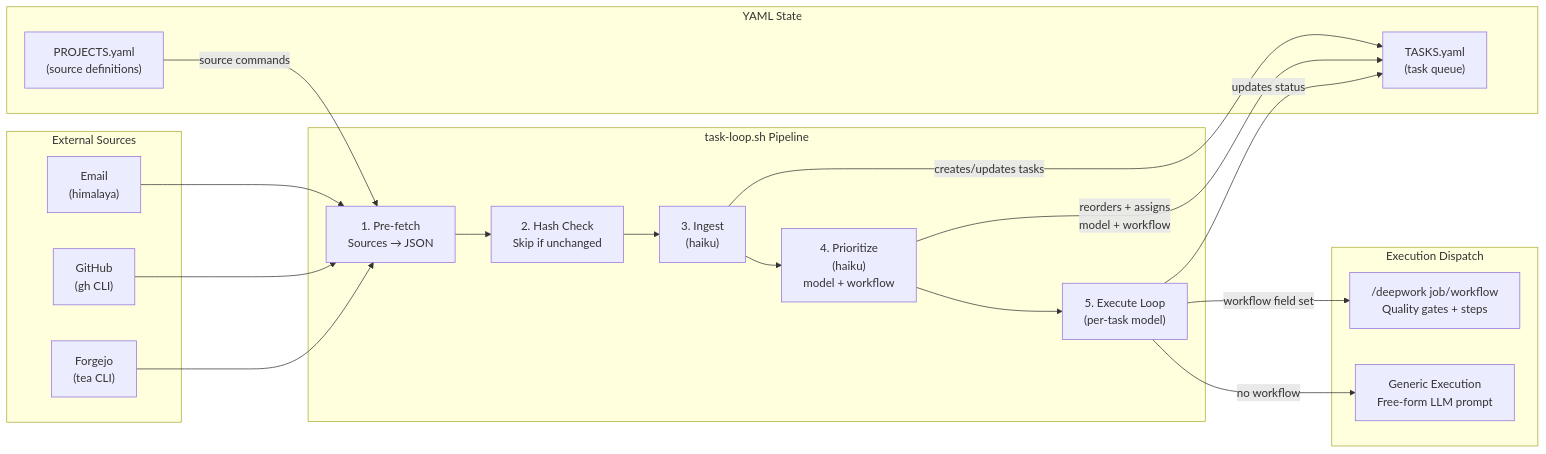
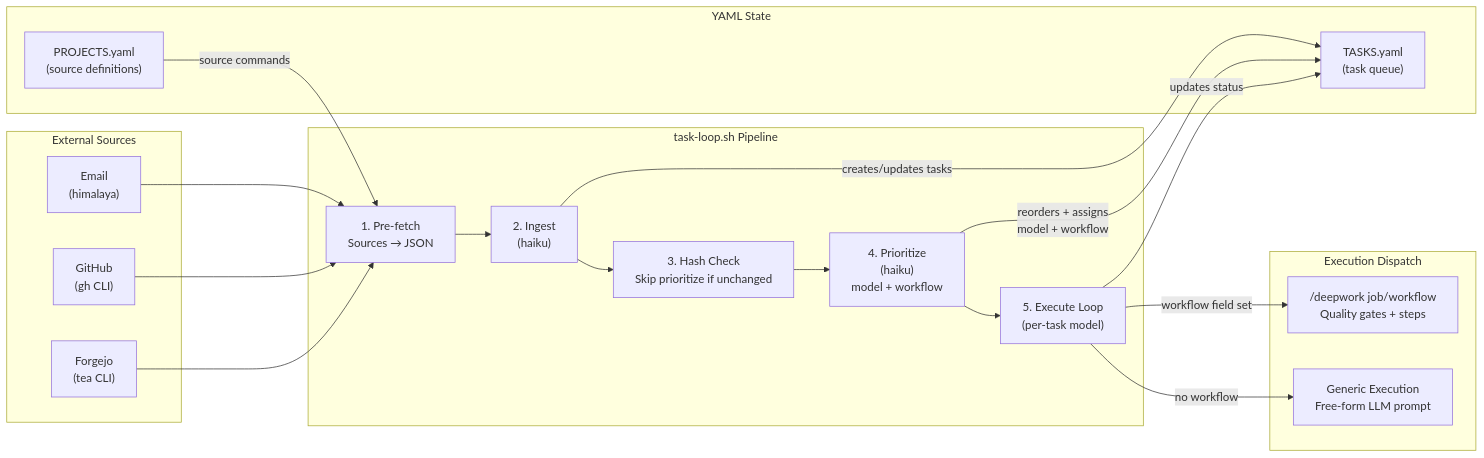
Before and after one commit to ncrmro/keystone: the second of 3 diagrams in docs/os-agents.md, drawn with Mermaid. The commit also changed other lines of this file, not shown here.

````diff
--- a/docs/os-agents.md
+++ b/docs/os-agents.md
@@ -185,36 +188,36 @@
 ```mermaid
 flowchart LR
     subgraph Sources["External Sources"]
         email["Email<br/>(himalaya)"]
         github["GitHub<br/>(gh CLI)"]
         forgejo["Forgejo<br/>(tea CLI)"]
     end
 
     subgraph Pipeline["task-loop.sh Pipeline"]
         prefetch["1. Pre-fetch<br/>Sources → JSON"]
-        hash["2. Hash Check<br/>Skip if unchanged"]
-        ingest["3. Ingest<br/>(haiku)"]
+        ingest["2. Ingest<br/>(haiku)"]
+        hash["3. Hash Check<br/>Skip prioritize if unchanged"]
         prioritize["4. Prioritize<br/>(haiku)<br/>model + workflow"]
         execute["5. Execute Loop<br/>(per-task model)"]
 
-        prefetch --> hash --> ingest --> prioritize --> execute
+        prefetch --> ingest --> hash --> prioritize --> execute
     end
 
     subgraph State["YAML State"]
         projects["PROJECTS.yaml<br/>(source definitions)"]
         tasks["TASKS.yaml<br/>(task queue)"]
     end
 
     subgraph Dispatch["Execution Dispatch"]
         deepwork["/deepwork job/workflow<br/>Quality gates + steps"]
         generic["Generic Execution<br/>Free-form LLM prompt"]
     end
 
     email & github & forgejo --> prefetch
     projects -->|"source commands"| prefetch
     ingest -->|"creates/updates tasks"| tasks
     prioritize -->|"reorders + assigns<br/>model + workflow"| tasks
     execute -->|"workflow field set"| deepwork
     execute -->|"no workflow"| generic
     execute -->|"updates status"| tasks
 ```
````
